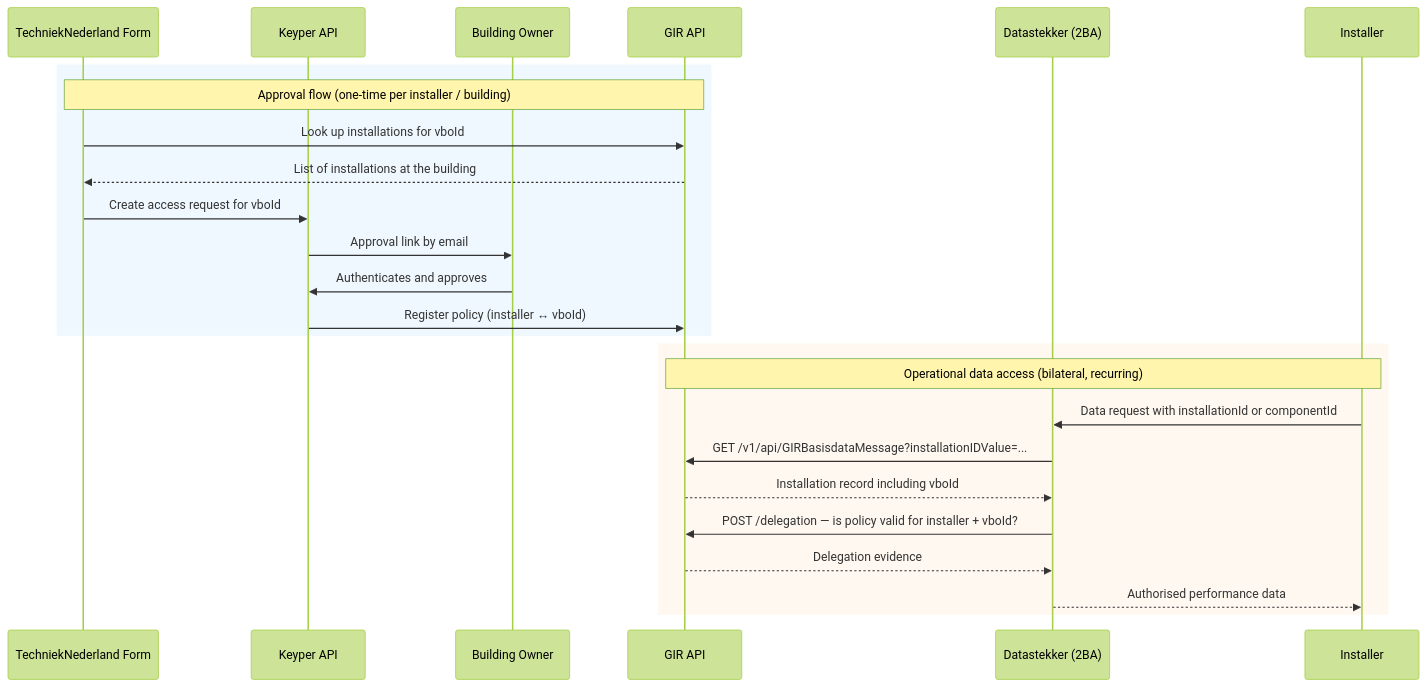
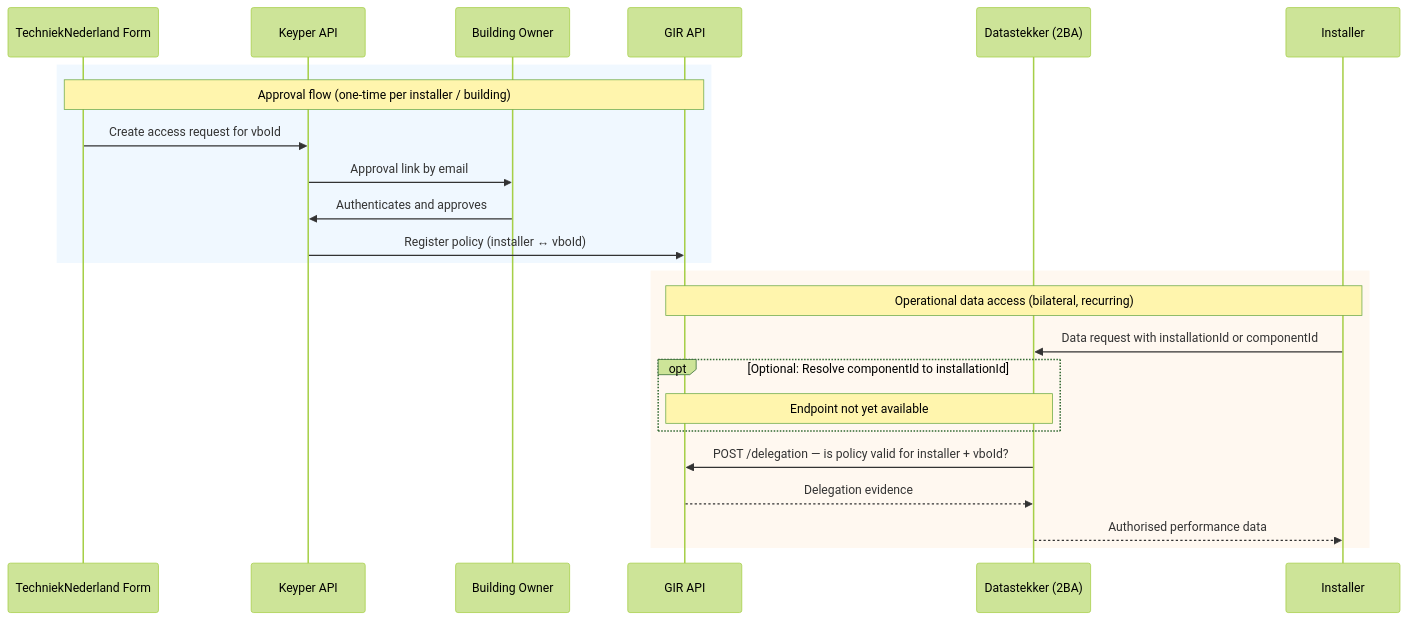
One commit to POORT8/Poort8.Docs changed the diagram in gir/datastekker-installateur-flow.md. Above: the diagram before and after it, drawn with Mermaid (forest theme). The commit also changed other lines of this file, not shown here.

Commit message:
Deploy gir docs: b37555cc29cc4b8c47d7a649f0429095e16917c9

````diff
--- a/gir/datastekker-installateur-flow.md
+++ b/gir/datastekker-installateur-flow.md
@@ -29,29 +29,28 @@
 ```mermaid
 sequenceDiagram
     participant Form as TechniekNederland Form
     participant Keyper as Keyper API
     participant Owner as Building Owner
     participant GIR as GIR API
     participant DS as Datastekker (2BA)
     participant Inst as Installer
 
     rect rgb(240, 248, 255)
         Note over Form,GIR: Approval flow (one-time per installer / building)
-        Form->>GIR: Look up installations for vboId
-        GIR-->>Form: List of installations at the building
         Form->>Keyper: Create access request for vboId
         Keyper->>Owner: Approval link by email
         Owner->>Keyper: Authenticates and approves
         Keyper->>GIR: Register policy (installer ↔ vboId)
     end
 
     rect rgb(255, 248, 240)
         Note over Inst,GIR: Operational data access (bilateral, recurring)
         Inst->>DS: Data request with installationId or componentId
-        DS->>GIR: GET /v1/api/GIRBasisdataMessage?installationIDValue=...
-        GIR-->>DS: Installation record including vboId
+        opt Optional: Resolve componentId to installationId
+            Note over DS,GIR: Endpoint not yet available
+        end
         DS->>GIR: POST /delegation — is policy valid for installer + vboId?
         GIR-->>DS: Delegation evidence
         DS-->>Inst: Authorised performance data
     end
 ```
````
